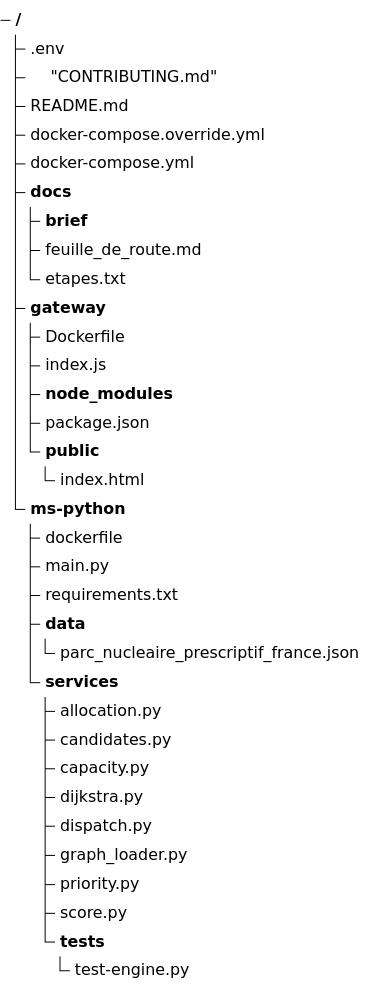
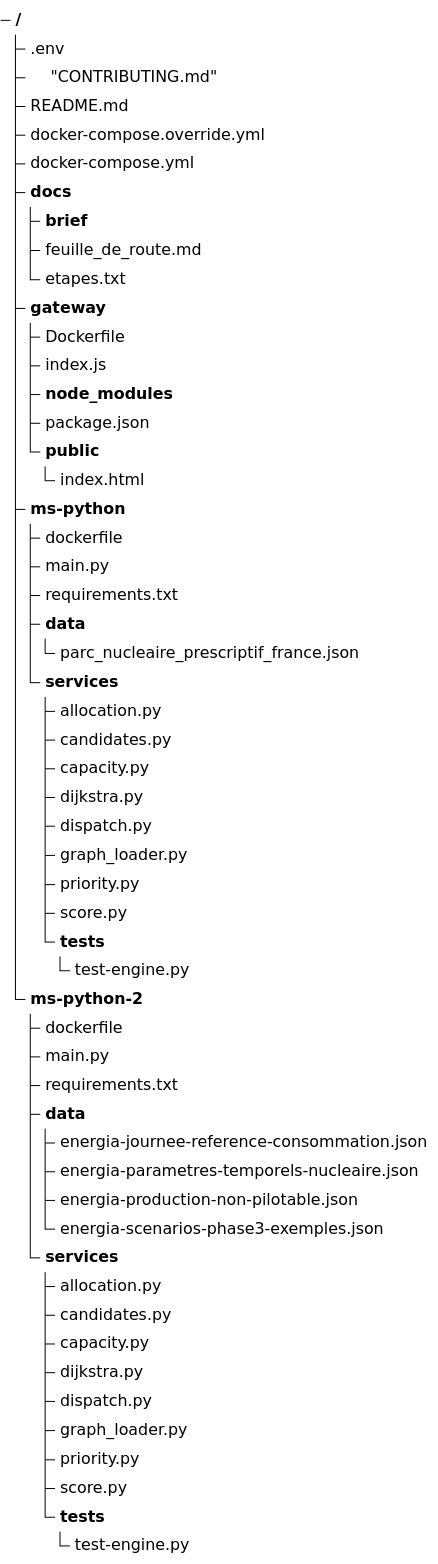
One commit to tomtoomuch/energIA-prescription-nationale changed the second of 2 diagrams in README.md. Above: the diagram before and after it, drawn with Mermaid. The commit also changed other lines of this file, not shown here.

Commit message:
<doc>Modif introduction projet

````diff
--- a/README.md
+++ b/README.md
@@ -62,41 +62,61 @@
 ```mermaid
 ---
 config:
   layout: tree
 title: Arborescence Prototyppe Moteur Prescriptif ENERGIA
 ---
 treeView-beta
 ".env"
     "CONTRIBUTING.md"
 "README.md"
 "docker-compose.override.yml"
 "docker-compose.yml"
 "docs/"
     "brief/"
     "feuille_de_route.md"
     "etapes.txt"
 "gateway/"
     "Dockerfile"
     "index.js"
     "node_modules/"
     "package.json"
     "public/"
         "index.html"
 "ms-python/"
     "dockerfile"
     "main.py"
     "requirements.txt"
     "data/"
         "parc_nucleaire_prescriptif_france.json"
     "services/"
         "allocation.py"
         "candidates.py"
         "capacity.py"
         "dijkstra.py"
         "dispatch.py"
         "graph_loader.py"
         "priority.py"
         "score.py"
         "tests/"
             "test-engine.py"
+"ms-python-2/"
+    "dockerfile"
+    "main.py"
+    "requirements.txt"
+    "data/"
+        "energia-journee-reference-consommation.json"
+        "energia-parametres-temporels-nucleaire.json"
+        "energia-production-non-pilotable.json"
+        "energia-scenarios-phase3-exemples.json"
+    "services/"
+        "allocation.py"
+        "candidates.py"
+        "capacity.py"
+        "dijkstra.py"
+        "dispatch.py"
+        "graph_loader.py"
+        "priority.py"
+        "score.py"
+        "tests/"
+            "test-engine.py"
 ```
````
